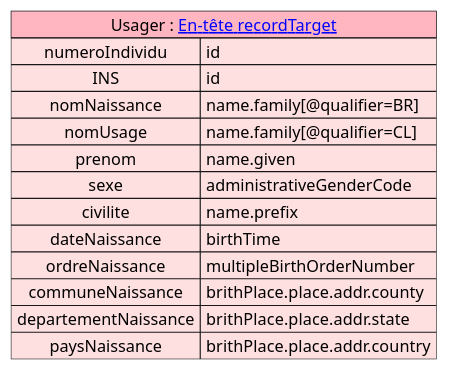
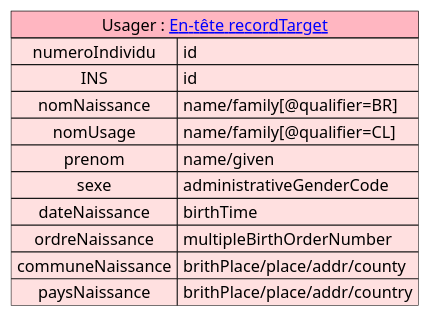
Before and after one commit to ansforge/IG-fhir-transfert-donnees-dui-esms: the diagram in input/images-source/mapping_usager.plantuml, drawn with PlantUML. The commit also changed 8 other files, not shown here.

```diff
--- a/input/images-source/mapping_usager.plantuml
+++ b/input/images-source/mapping_usager.plantuml
@@ -1,19 +1,17 @@
 @startuml
 
 
 map "Usager : [[contenu_dossier_entete_cda.html En-tête recordTarget]]" as Usager #back:IMPLEMENTATION;header:LightPink {
     numeroIndividu => id
     INS=> id
-    nomNaissance => name.family[@qualifier=BR]
-    nomUsage => name.family[@qualifier=CL]
-    prenom => name.given
+    nomNaissance => name/family[@qualifier=BR]
+    nomUsage => name/family[@qualifier=CL]
+    prenom => name/given
     sexe=> administrativeGenderCode
-    civilite=> name.prefix
     dateNaissance => birthTime
     ordreNaissance => multipleBirthOrderNumber
-    communeNaissance => brithPlace.place.addr.county
-    departementNaissance => brithPlace.place.addr.state
-    paysNaissance => brithPlace.place.addr.country
+    communeNaissance => brithPlace/place/addr/county
+    paysNaissance => brithPlace/place/addr/country
 }
 
 @enduml
```
